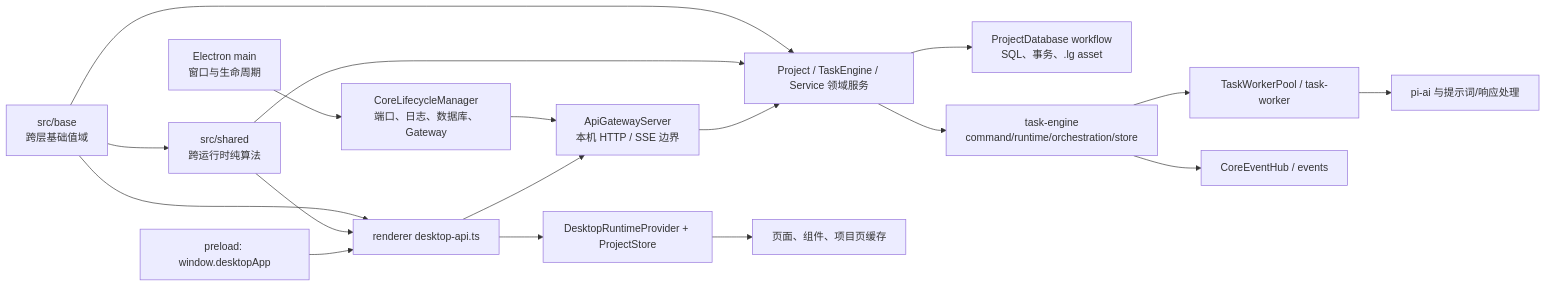
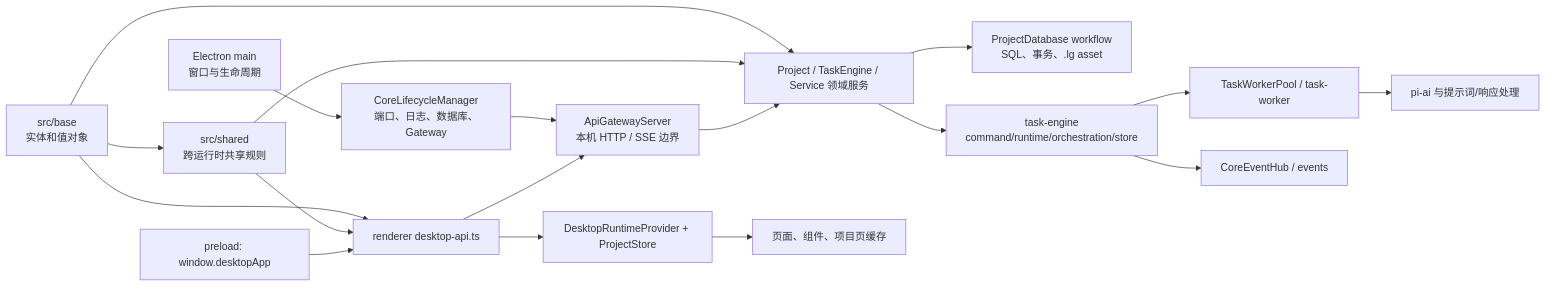
One commit to neavo/LinguaGacha changed the first of 3 diagrams in docs/ARCHITECTURE.md. Above: the diagram before and after it, drawn with Mermaid. The commit also changed other lines of this file and 128 other files, not shown here.

````diff
--- a/docs/ARCHITECTURE.md
+++ b/docs/ARCHITECTURE.md
@@ -18,20 +18,20 @@
 ```mermaid
 flowchart LR
-  N["src/base<br/>跨层基础值域"] --> D
+  N["src/base<br/>实体和值对象"] --> D
   N --> J
-  N --> S["src/shared<br/>跨运行时纯算法"]
+  N --> S["src/shared<br/>跨运行时共享规则"]
   S --> D
   S --> J
   A["Electron main<br/>窗口与生命周期"] --> B["CoreLifecycleManager<br/>端口、日志、数据库、Gateway"]
   B --> C["ApiGatewayServer<br/>本机 HTTP / SSE 边界"]
   C --> D["Project / TaskEngine / Service 领域服务"]
   D --> E["ProjectDatabase workflow<br/>SQL、事务、.lg asset"]
   D --> F["task-engine<br/>command/runtime/orchestration/store"]
   F --> G["TaskWorkerPool / task-worker"]
   G --> H["pi-ai 与提示词/响应处理"]
   F --> M["CoreEventHub / events"]
   I["preload: window.desktopApp"] --> J["renderer desktop-api.ts"]
   J --> C
   J --> K["DesktopRuntimeProvider + ProjectStore"]
   K --> L["页面、组件、项目页缓存"]
 ```
````
